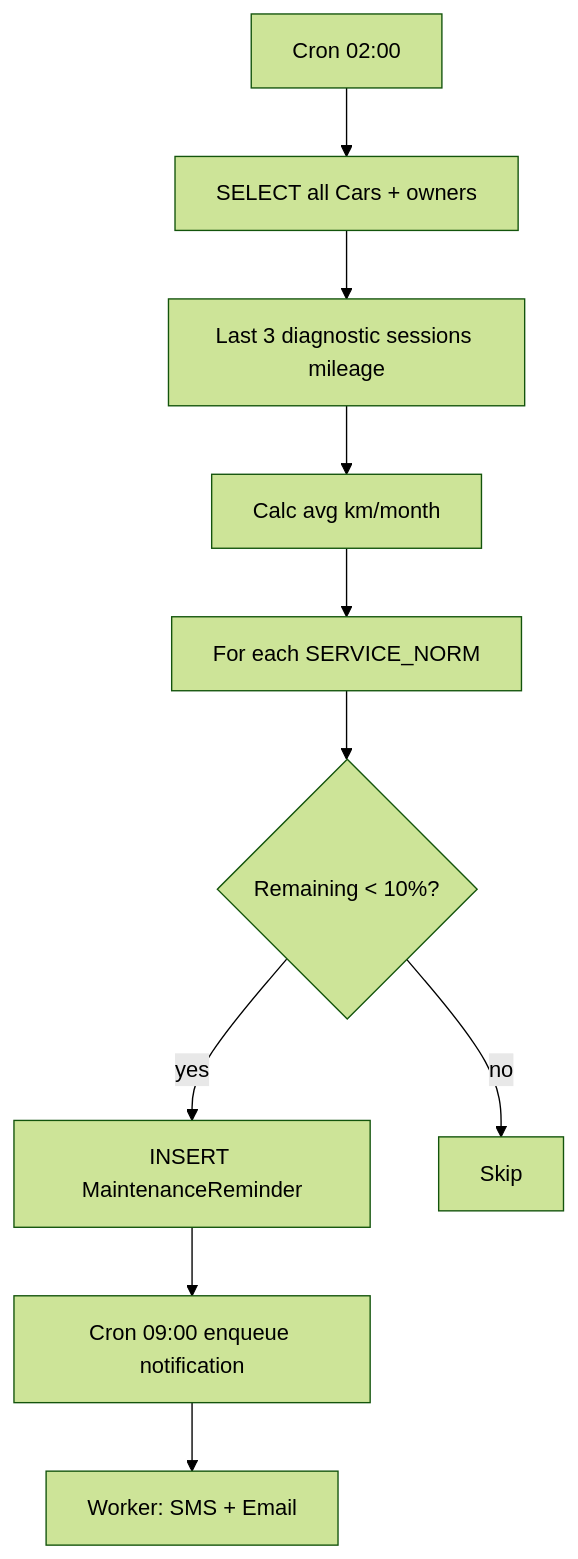
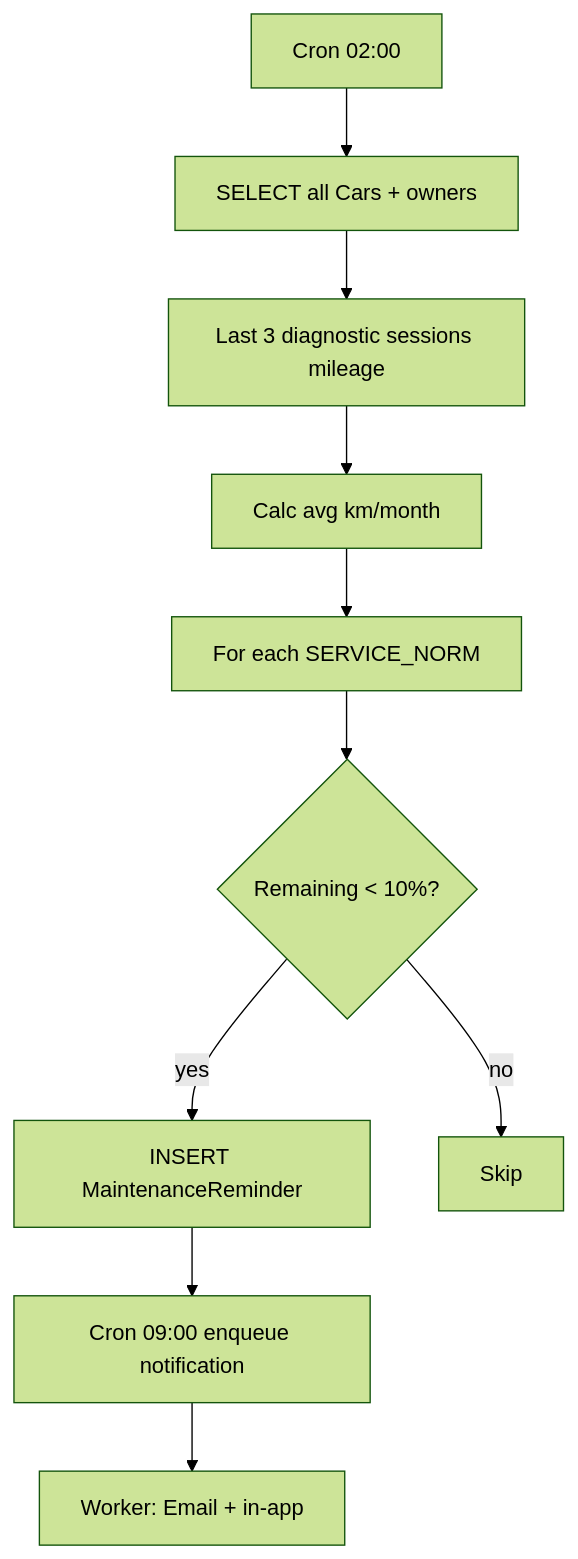
Before and after one commit to PermAdut/Automated-autoservice-managment-system-: the diagram in docs/functional-requirements/FT-09-predictive-maintenance.md, drawn with Mermaid (forest theme). The commit also changed other lines of this file and 159 other files, not shown here.

````diff
--- a/docs/functional-requirements/FT-09-predictive-maintenance.md
+++ b/docs/functional-requirements/FT-09-predictive-maintenance.md
@@ -49,12 +49,12 @@
 ```mermaid
 flowchart TD
   A[Cron 02:00] --> B[SELECT all Cars + owners]
   B --> C[Last 3 diagnostic sessions mileage]
   C --> D[Calc avg km/month]
   D --> E[For each SERVICE_NORM]
   E --> F{Remaining < 10%?}
   F -->|yes| G[INSERT MaintenanceReminder]
   F -->|no| H[Skip]
   G --> I[Cron 09:00 enqueue notification]
-  I --> J[Worker: SMS + Email]
+  I --> J[Worker: Email + in-app]
 ```
````
